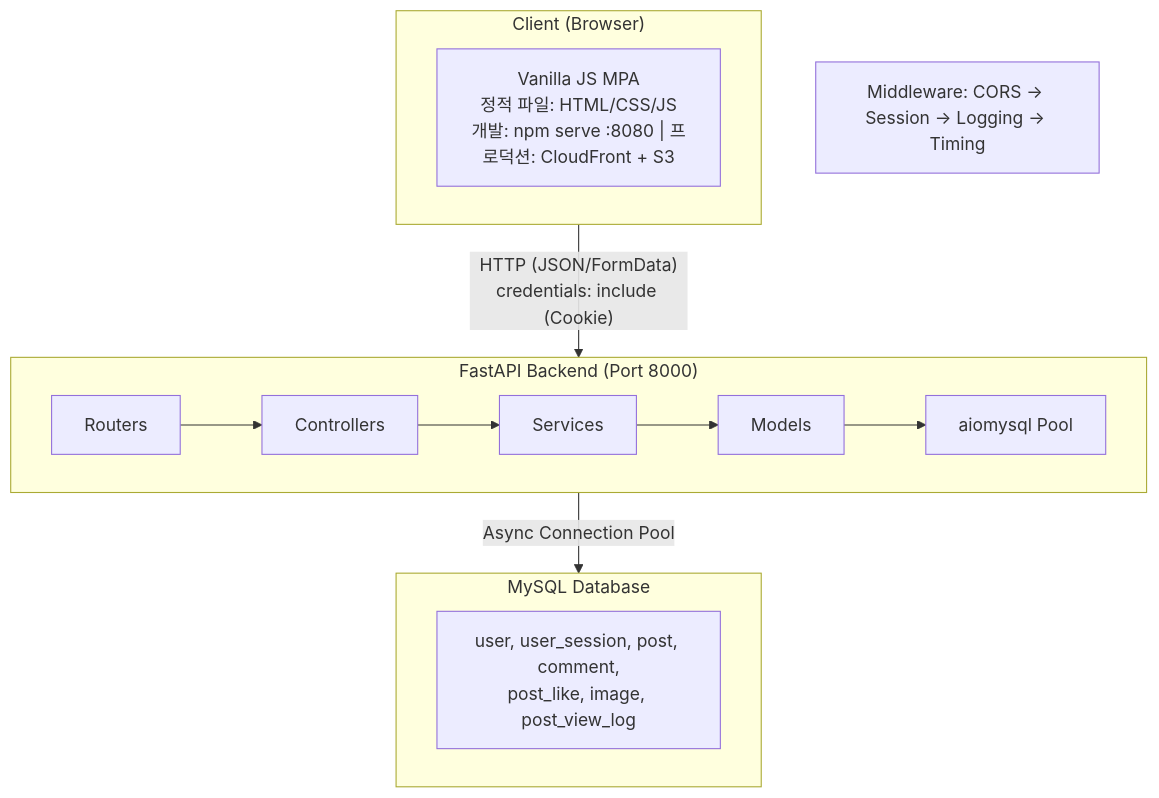
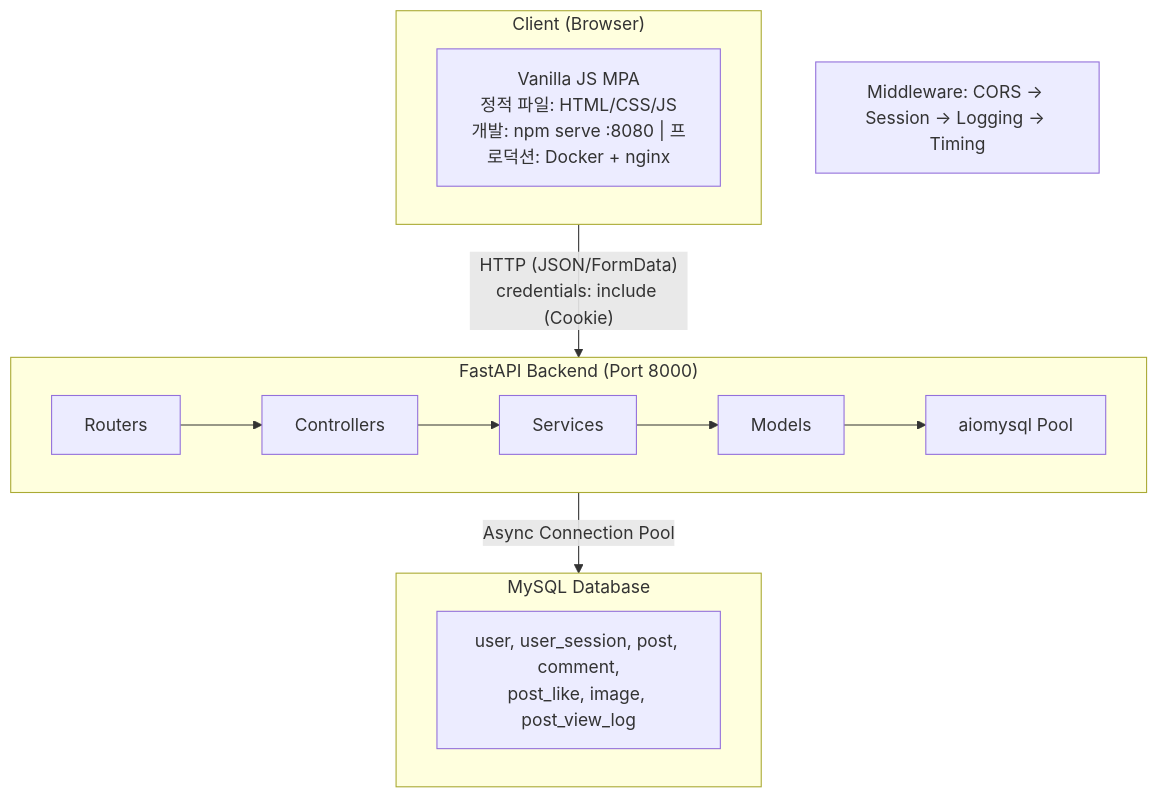
Before and after one commit to 80-hours-a-week/2-cho-community-be: the first of 3 diagrams in README.md, drawn with Mermaid. The commit also changed other lines of this file, not shown here.

Commit message:
docs: 최신 현황 반영

````diff
--- a/README.md
+++ b/README.md
@@ -38,21 +38,21 @@
 ```mermaid
 flowchart TD
     subgraph Client["Client (Browser)"]
-        FE["Vanilla JS MPA<br/>정적 파일: HTML/CSS/JS<br/>개발: npm serve :8080 | 프로덕션: CloudFront + S3"]
+        FE["Vanilla JS MPA<br/>정적 파일: HTML/CSS/JS<br/>개발: npm serve :8080 | 프로덕션: Docker + nginx"]
     end
 
     Client -->|"HTTP (JSON/FormData)<br/>credentials: include (Cookie)"| Backend
 
     subgraph Backend["FastAPI Backend (Port 8000)"]
         direction LR
         Routers --> Controllers --> Services --> Models --> Pool["aiomysql Pool"]
     end
 
     note["Middleware: CORS → Session → Logging → Timing"]
 
     Backend -->|"Async Connection Pool"| DB
 
     subgraph DB["MySQL Database"]
         Tables["user, user_session, post, comment,<br/>post_like, image, post_view_log"]
     end
 ```
````
